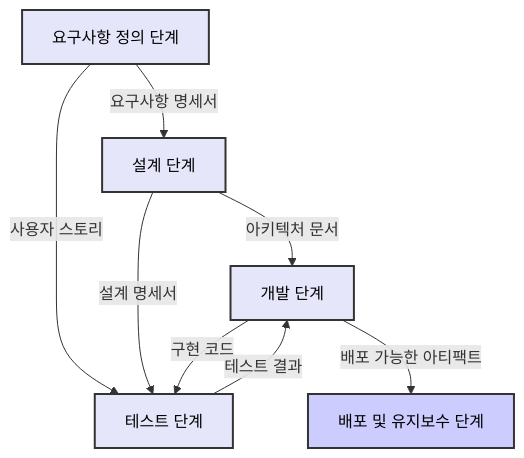
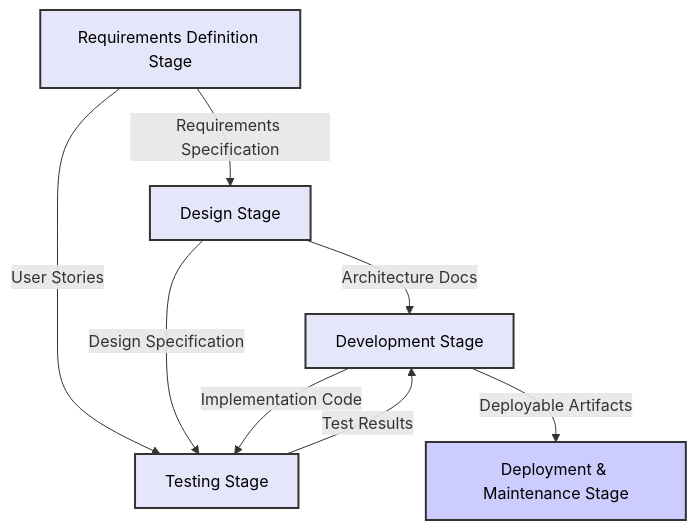
The diagram in 4.prompt-driven-development-methodology-details.md (bbalganjjm/prompt-driven-development), drawn with Mermaid before and after one commit. The commit also changed other lines of this file and 4 other files, not shown here.

````diff
--- a/4.prompt-driven-development-methodology-details.md
+++ b/4.prompt-driven-development-methodology-details.md
@@ -52,16 +52,16 @@
 ```mermaid
-%% 대비가 명확한 색상 사용 (배경: 연보라, 글자: 검정, 선: 진회색)
+%% High-contrast colors for clarity (background: lavender, text: black, lines: dark gray)
 graph TD
-    A[요구사항 정의 단계] -->|요구사항 명세서| B[설계 단계]
-    A -->|사용자 스토리| D[테스트 단계]
-    B -->|아키텍처 문서| C[개발 단계]
-    B -->|설계 명세서| D
-    C -->|구현 코드| D
-    C -->|배포 가능한 아티팩트| E[배포 및 유지보수 단계]
-    D -->|테스트 결과| C
+    A[Requirements Definition Stage] -->|Requirements Specification| B[Design Stage]
+    A -->|User Stories| D[Testing Stage]
+    B -->|Architecture Docs| C[Development Stage]
+    B -->|Design Specification| D
+    C -->|Implementation Code| D
+    C -->|Deployable Artifacts| E[Deployment & Maintenance Stage]
+    D -->|Test Results| C
     style E fill:#ccccff,stroke:#333,stroke-width:2px,color:#000
     style A fill:#e6e6fa,stroke:#333,stroke-width:2px,color:#000
     style B fill:#e6e6fa,stroke:#333,stroke-width:2px,color:#000
     style C fill:#e6e6fa,stroke:#333,stroke-width:2px,color:#000
     style D fill:#e6e6fa,stroke:#333,stroke-width:2px,color:#000
 ```
````
